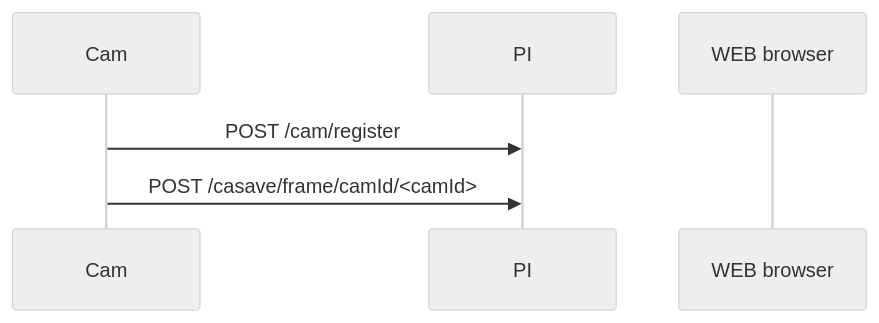
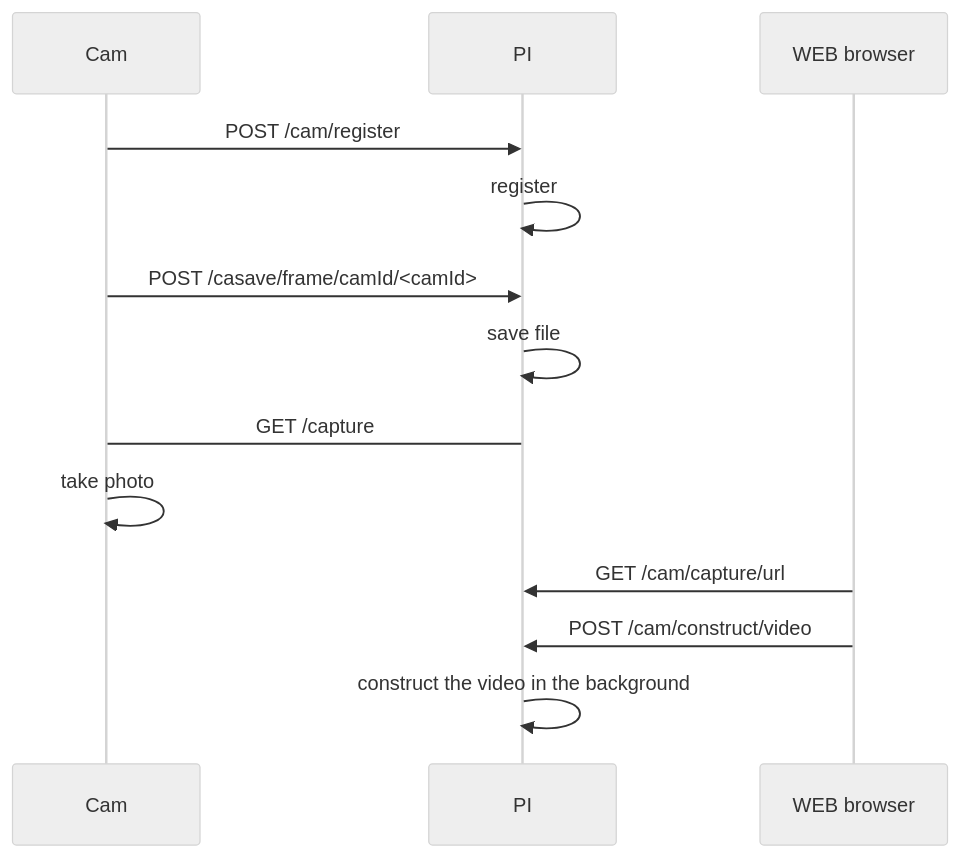
The diagram in Wiki/CentralController/centralController.md (dallaszkorben/diy-greenwall), drawn with Mermaid (neutral theme) before and after one commit.

````diff
--- a/Wiki/CentralController/centralController.md
+++ b/Wiki/CentralController/centralController.md
@@ -458,9 +458,19 @@
 ```mermaid
 sequenceDiagram
 participant Cam
 participant PI
 participant WEB browser
 Cam->>PI: POST /cam/register
+PI->>PI: register
+
 Cam->>PI: POST /casave/frame/camId/<camId>
+PI->>PI: save file
+
+PI->Cam: GET /capture
+Cam->>Cam: take photo
+
+WEB browser->>PI: GET /cam/capture/url
+WEB browser->>PI: POST /cam/construct/video
+PI->>PI: construct the video in the background
 
   ```
````
